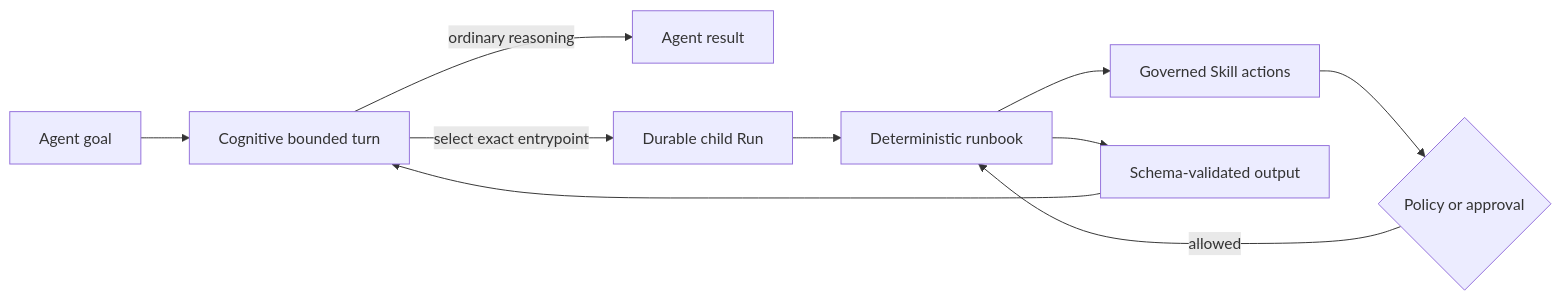
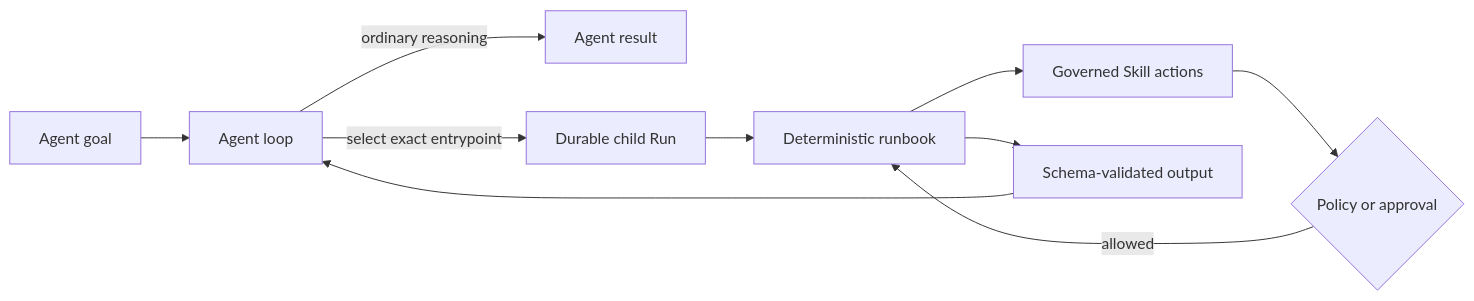
Before and after one commit to axiom-studio/openseal: the diagram in docs/dev-docs/callable-runbooks.md, drawn with Mermaid. The commit also changed other lines of this file and 10 other files, not shown here.

````diff
--- a/docs/dev-docs/callable-runbooks.md
+++ b/docs/dev-docs/callable-runbooks.md
@@ -8,12 +8,12 @@
 ```mermaid
 flowchart LR
-    Goal[Agent goal] --> Turn[Cognitive bounded turn]
-    Turn -->|ordinary reasoning| Result[Agent result]
-    Turn -->|select exact entrypoint| Child[Durable child Run]
+    Goal[Agent goal] --> Loop[Agent loop]
+    Loop -->|ordinary reasoning| Result[Agent result]
+    Loop -->|select exact entrypoint| Child[Durable child Run]
     Child --> Plan[Deterministic runbook]
     Plan --> Skills[Governed Skill actions]
     Skills --> Approval{Policy or approval}
     Approval -->|allowed| Plan
     Plan --> Output[Schema-validated output]
-    Output --> Turn
+    Output --> Loop
 ```
````
